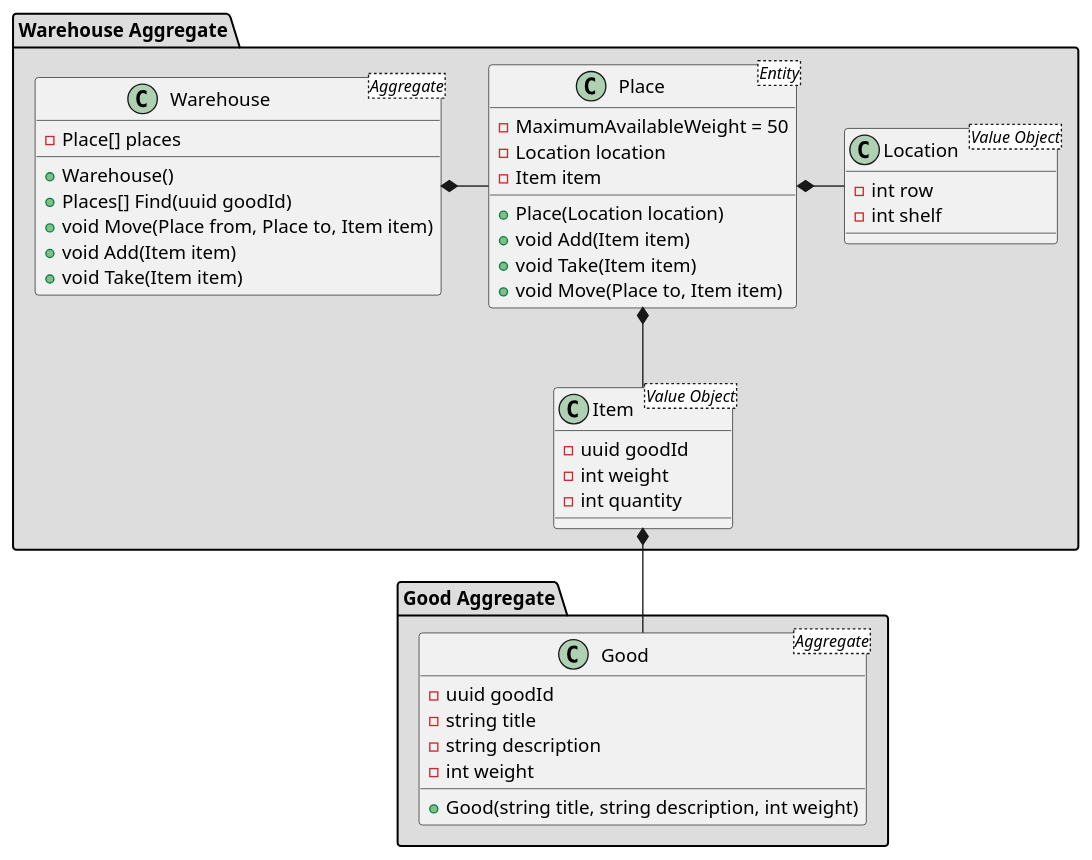
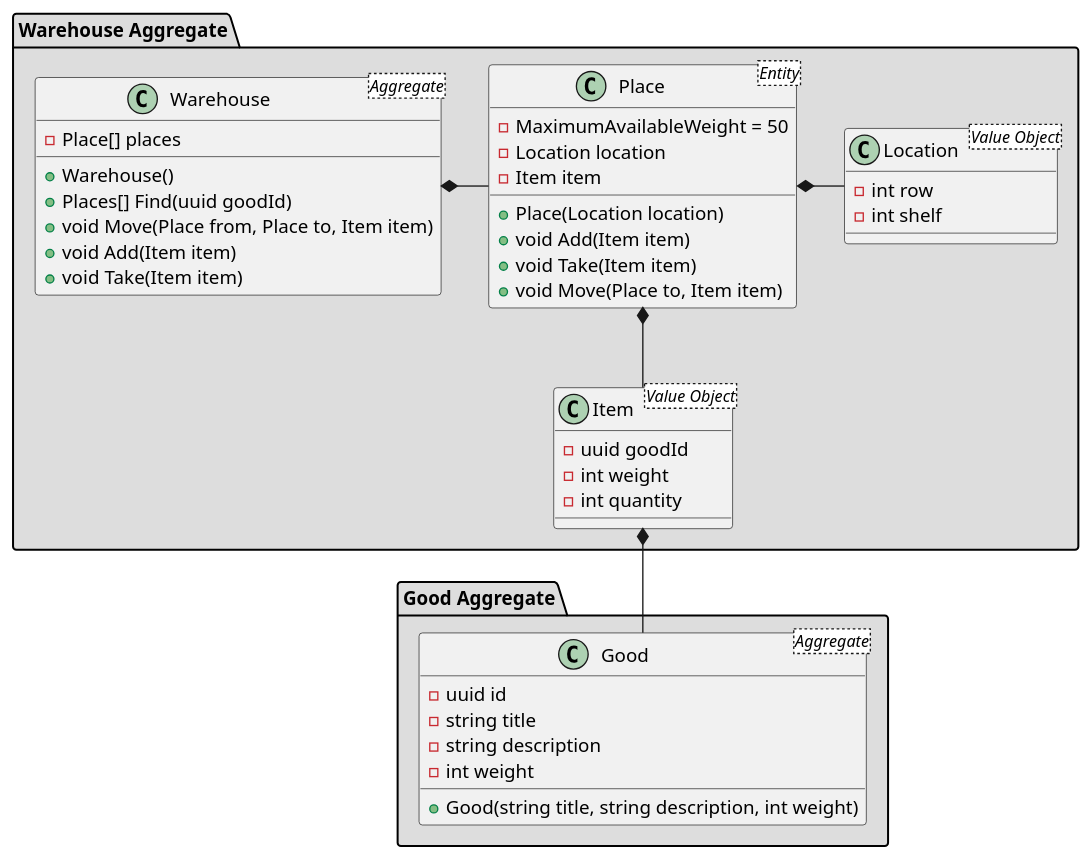
One commit to gerzhan/knigaexpert-system-design changed the third of 5 diagrams in services/warehouse/README.md. Above: the diagram before and after it, drawn with PlantUML. The commit also changed 2 other files, not shown here.

````diff
--- a/services/warehouse/README.md
+++ b/services/warehouse/README.md
@@ -82,53 +82,53 @@
 ```plantuml
 package "Warehouse Aggregate"  #DDDDDD {
   Class Warehouse <Aggregate>
   {
     - Place[] places
 
     + Warehouse()
     + Places[] Find(uuid goodId)
     + void Move(Place from, Place to, Item item)
     + void Add(Item item)
     + void Take(Item item)
   }
   
   Class Place <Entity>
   {
     - MaximumAvailableWeight = 50
     - Location location
     - Item item
 
     + Place(Location location)  
     + void Add(Item item)
     + void Take(Item item)
     + void Move(Place to, Item item)
   }
 
   Class Item <Value Object>{
     - uuid goodId
     - int weight
     - int quantity     
   }
 
   Class Location <Value Object> {
     - int row
     - int shelf 
   }
 
   Warehouse *- Place
   Place *- Location
   Place *-- Item  
 }
 
 package "Good Aggregate" #DDDDDD {
   Class Good <Aggregate>
   {
-    - uuid goodId
+    - uuid id
     - string title
     - string description
     - int weight
     + Good(string title, string description, int weight)
   }
   Item *-- Good
 }
 ```
````
